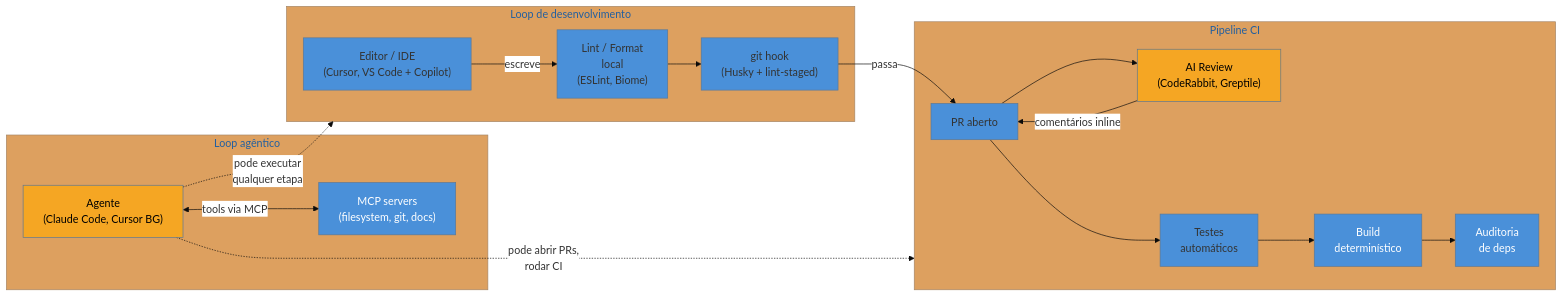
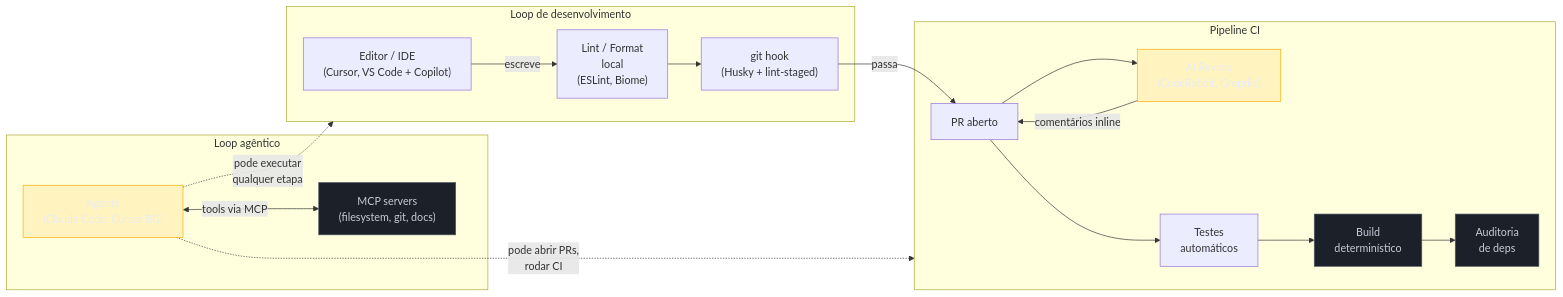
Before and after one commit to josenaldo/codex-technomanticus: the first of 7 diagrams in 03-Dominios/Tecnologia/Tooling e Build/25 - IA no tooling e build.md, drawn with Mermaid. The commit also changed other lines of this file and 1181 other files, not shown here.

First line of the commit message:
fix(diagramas): paleta do sistema no lugar de cor cravada no markdown

````diff
--- a/03-Dominios/Tecnologia/Tooling e Build/25 - IA no tooling e build.md
+++ b/03-Dominios/Tecnologia/Tooling e Build/25 - IA no tooling e build.md
@@ -41,41 +41,42 @@
 ```mermaid
-%%{init: {"theme": "base", "themeVariables": {"primaryColor": "#4A90D9", "edgeLabelBackground": "#fff"}}}%%
 flowchart LR
+    classDef destaque fill:#FFAA0024,stroke:#FFAA00,color:#E9ECF2
+    classDef neutro fill:#1B2029,stroke:#4E5666,color:#C6CCD8
     subgraph DEV["Loop de desenvolvimento"]
         E["Editor / IDE\n(Cursor, VS Code + Copilot)"]
         LC["Lint / Format\nlocal\n(ESLint, Biome)"]
         GH["git hook\n(Husky + lint-staged)"]
     end
 
     subgraph CI["Pipeline CI"]
         PR["PR aberto"]
         AIR["AI Review\n(CodeRabbit, Greptile)"]
         TESTS["Testes\nautomáticos"]
         BUILD["Build\ndeterminístico"]
         SEC["Auditoria\nde deps"]
     end
 
     subgraph AGENT["Loop agêntico"]
         AGT["Agente\n(Claude Code, Cursor BG)"]
         MCP_SRV["MCP servers\n(filesystem, git, docs)"]
         AGT <-->|"tools via MCP"| MCP_SRV
     end
 
     E -->|"escreve"| LC
     LC --> GH
     GH -->|"passa"| PR
     PR --> AIR
     PR --> TESTS
     AIR -->|"comentários inline"| PR
     TESTS --> BUILD
     BUILD --> SEC
 
     AGT -.->|"pode executar\nqualquer etapa"| DEV
     AGT -.->|"pode abrir PRs,\nrodar CI"| CI
 
-    style AIR fill:#F5A623,color:#000
-    style AGT fill:#F5A623,color:#000
-    style MCP_SRV fill:#4A90D9,color:#fff
-    style BUILD fill:#4A90D9,color:#fff
-    style SEC fill:#4A90D9,color:#fff
+    class AIR destaque
+    class AGT destaque
+    class MCP_SRV neutro
+    class BUILD neutro
+    class SEC neutro
 ```
````
